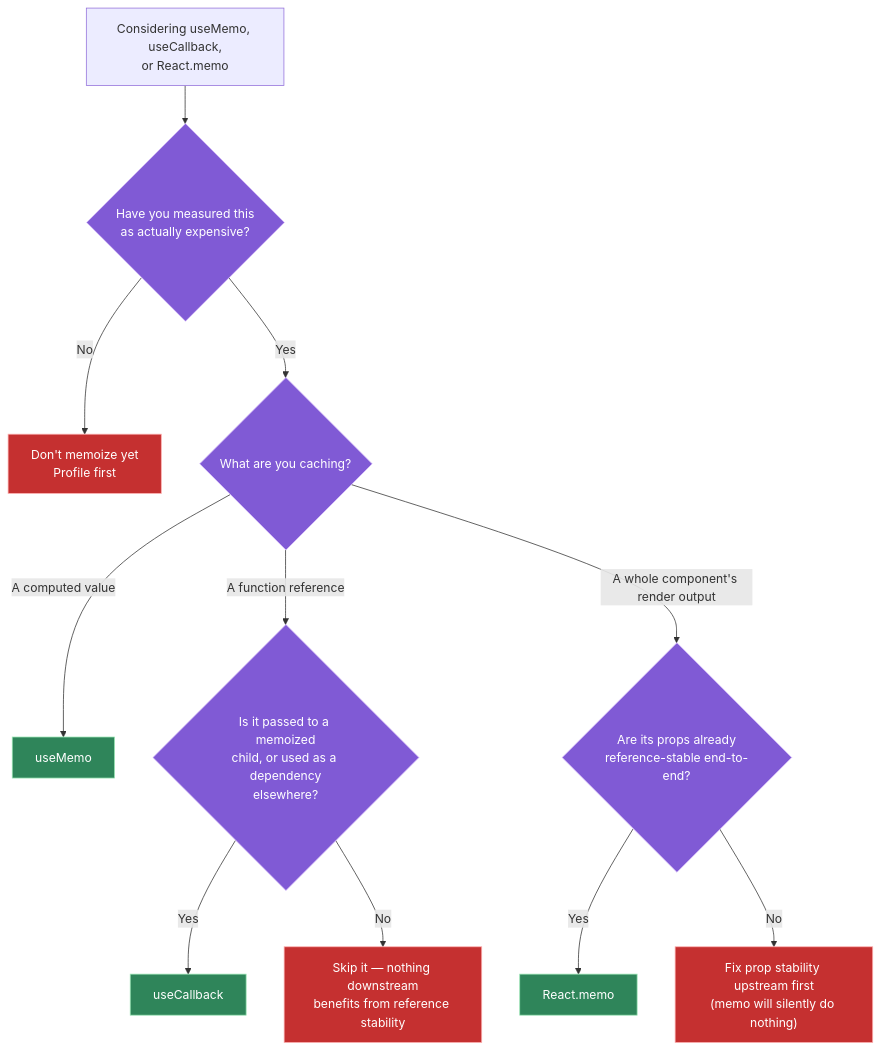
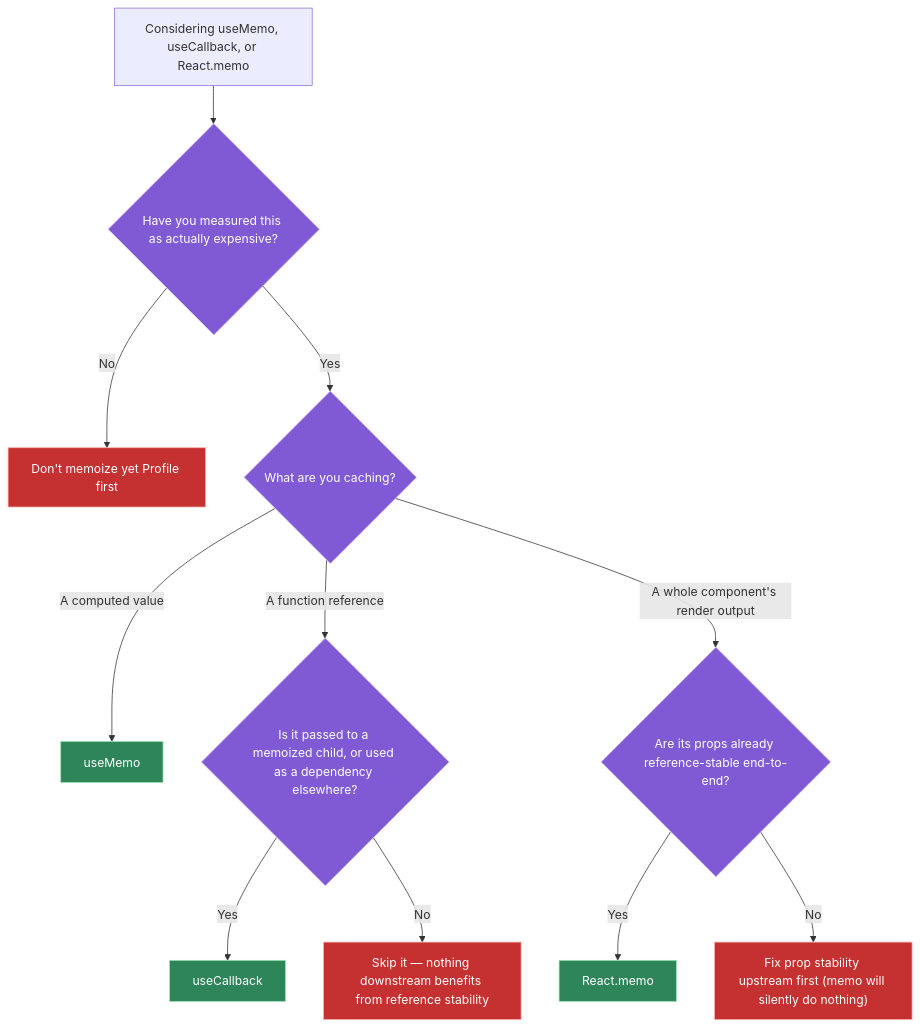
One commit to vinayakhumberi/litmus changed the first of 2 diagrams in data/topics/react-memoization.md. Above: the diagram before and after it, drawn with Mermaid. The commit also changed 68 other files, not shown here.

````diff
--- a/data/topics/react-memoization.md
+++ b/data/topics/react-memoization.md
@@ -87,21 +87,21 @@
 ```mermaid
 graph TD
-    A["Considering useMemo, useCallback,<br>or React.memo"] --> B{"Have you measured this<br>as actually expensive?"}
-    B -- "No" --> C["Don't memoize yet<br>Profile first"]
+    A["Considering useMemo, useCallback, or React.memo"] --> B{"Have you measured this as actually expensive?"}
+    B -- "No" --> C["Don't memoize yet Profile first"]
     B -- "Yes" --> D{"What are you caching?"}
     D -- "A computed value" --> E["useMemo"]
-    D -- "A function reference" --> F{"Is it passed to a memoized<br>child, or used as a dependency<br>elsewhere?"}
+    D -- "A function reference" --> F{"Is it passed to a memoized child, or used as a dependency elsewhere?"}
     F -- "Yes" --> G["useCallback"]
-    F -- "No" --> H["Skip it — nothing downstream<br>benefits from reference stability"]
-    D -- "A whole component's render output" --> I{"Are its props already<br>reference-stable end-to-end?"}
+    F -- "No" --> H["Skip it — nothing downstream benefits from reference stability"]
+    D -- "A whole component's render output" --> I{"Are its props already reference-stable end-to-end?"}
     I -- "Yes" --> J["React.memo"]
-    I -- "No" --> K["Fix prop stability upstream first<br>(memo will silently do nothing)"]
+    I -- "No" --> K["Fix prop stability upstream first (memo will silently do nothing)"]
 
     classDef stop fill:#c53030,stroke:#feb2b2,color:#fff
     classDef go fill:#2f855a,stroke:#9ae6b4,color:#fff
     classDef decision fill:#805ad5,stroke:#d6bcfa,color:#fff
 
     class C,H,K stop
     class E,G,J go
     class B,D,F,I decision
 ```
````
